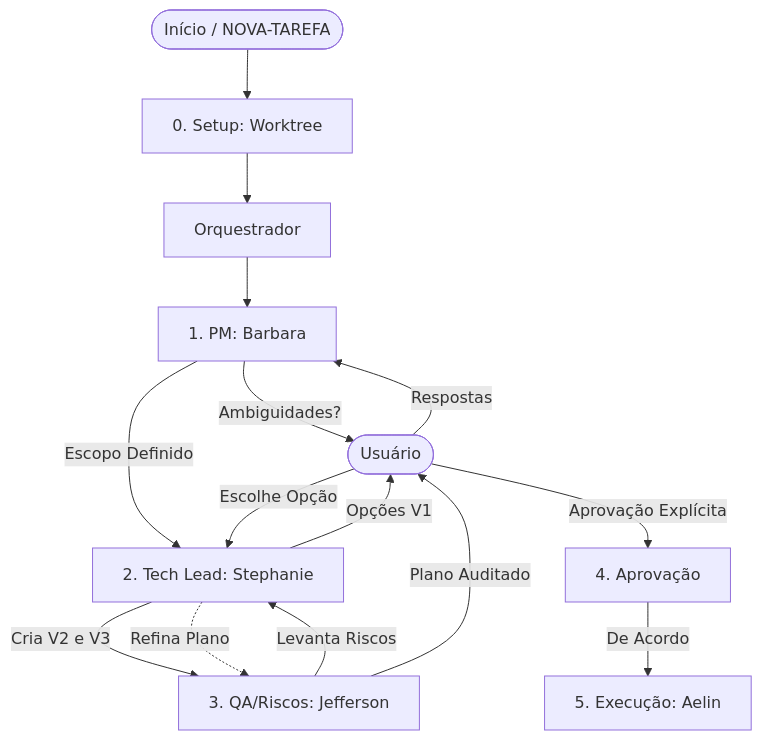
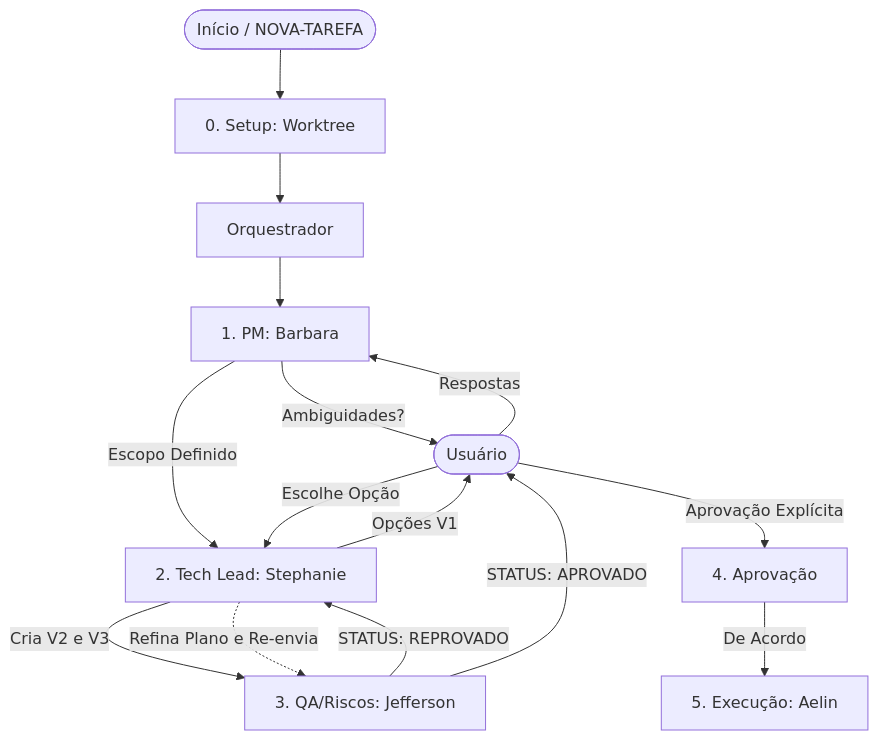
The diagram in skills/plan/SKILL.md (pipalabs/pi-code), drawn with Mermaid before and after one commit. The commit also changed other lines of this file and 3 other files, not shown here.

Commit message:
docs(plan): loop adversarial Jefferson-Stephanie até STATUS APROVADO do plano

````diff
--- a/skills/plan/SKILL.md
+++ b/skills/plan/SKILL.md
@@ -79,17 +83,17 @@
 ```mermaid
 graph TD
     Start([Início / NOVA-TAREFA]) --> Setup[0. Setup: Worktree]
     Setup --> Orquestrador[Orquestrador]
     Orquestrador --> Barbara[1. PM: Barbara]
     Barbara -->|Ambiguidades?| User([Usuário])
     User -->|Respostas| Barbara
     Barbara -->|Escopo Definido| Stephanie[2. Tech Lead: Stephanie]
     Stephanie -->|Opções V1| User
     User -->|Escolhe Opção| Stephanie
     Stephanie -->|Cria V2 e V3| Jefferson[3. QA/Riscos: Jefferson]
-    Jefferson -->|Levanta Riscos| Stephanie
-    Stephanie -.->|Refina Plano| Jefferson
-    Jefferson -->|Plano Auditado| User
+    Jefferson -->|STATUS: REPROVADO| Stephanie
+    Stephanie -.->|Refina Plano e Re-envia| Jefferson
+    Jefferson -->|STATUS: APROVADO| User
     User -->|Aprovação Explícita| Aelin[4. Aprovação]
     Aelin -->|De Acordo| Exec[5. Execução: Aelin]
 ```
````
